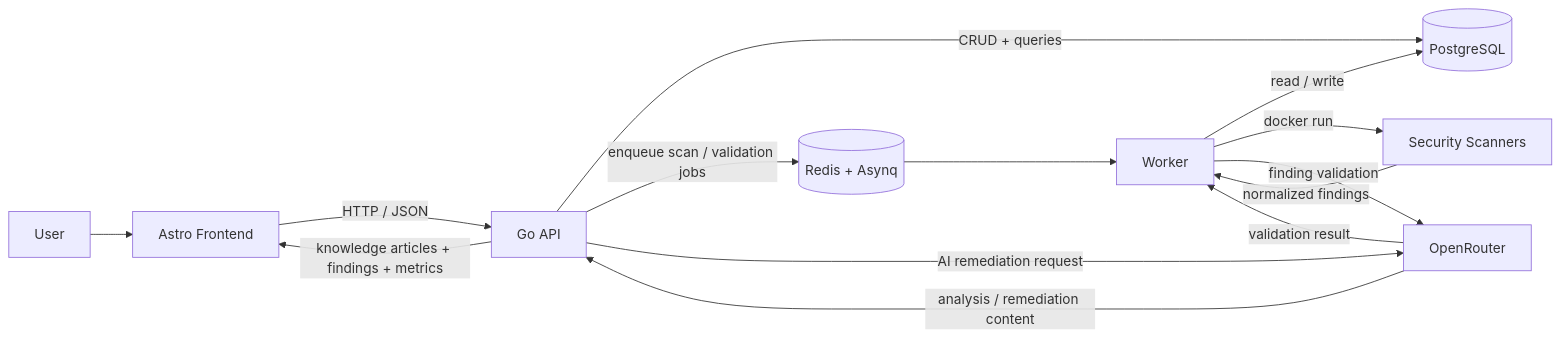
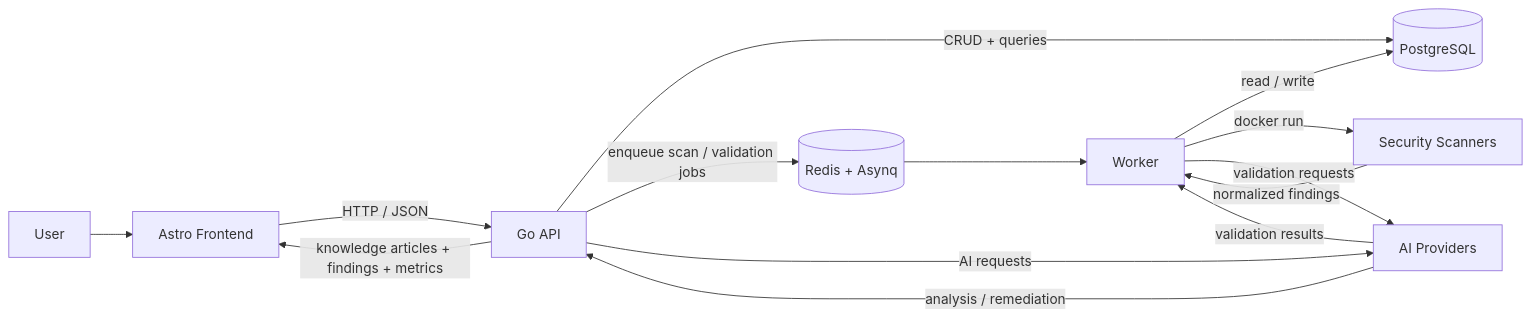
Before and after one commit to Dyallab/HenKaiPan: the first of 4 diagrams in README.md, drawn with Mermaid. The commit also changed other lines of this file and 45 other files, not shown here.

````diff
--- a/README.md
+++ b/README.md
@@ -50,20 +62,20 @@
 ```mermaid
 flowchart LR
     U[User] --> F[Astro Frontend]
     F -->|HTTP / JSON| API[Go API]
 
     API -->|CRUD + queries| DB[(PostgreSQL)]
     API -->|enqueue scan / validation jobs| Q[(Redis + Asynq)]
 
     Q --> W[Worker]
     W -->|read / write| DB
     W -->|docker run| S[Security Scanners]
     S -->|normalized findings| W
 
-    API -->|AI remediation request| AI[OpenRouter]
-    W -->|finding validation| AI
-    AI -->|analysis / remediation content| API
-    AI -->|validation result| W
+    API -->|AI requests| AI[AI Providers]
+    W -->|validation requests| AI
+    AI -->|analysis / remediation| API
+    AI -->|validation results| W
 
     API -->|knowledge articles + findings + metrics| F
 ```
````
